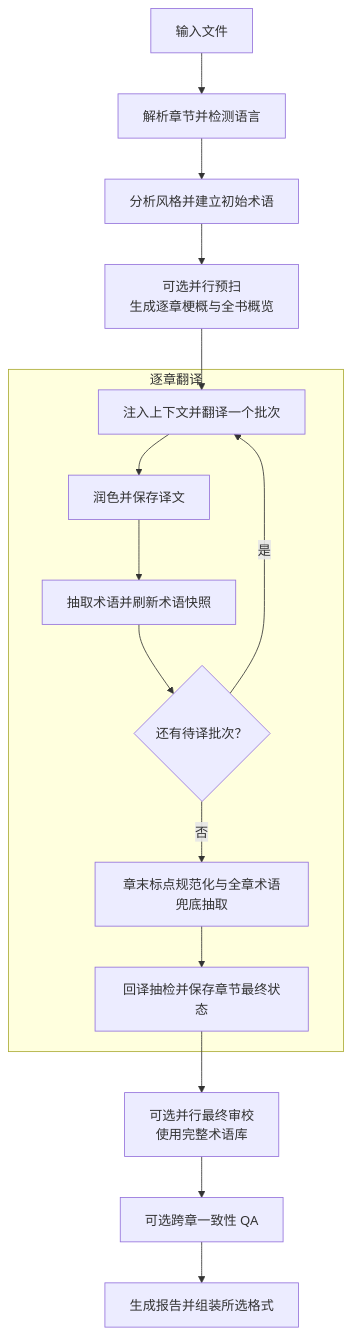
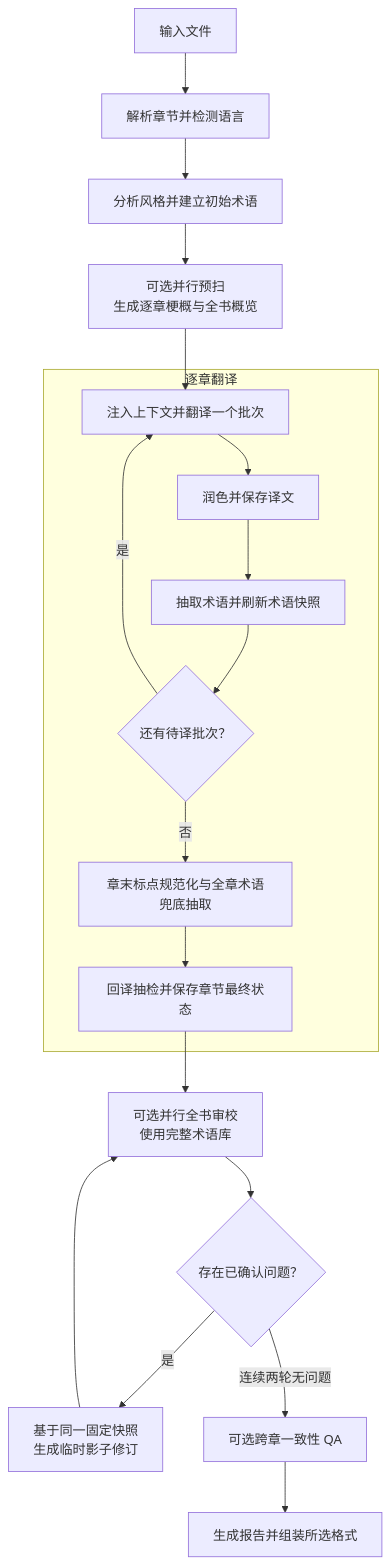
Before and after one commit to BigDawnGhost/wenyi: the diagram in docs/zh/README.md, drawn with Mermaid. The commit also changed other lines of this file and 20 other files, not shown here.

````diff
--- a/docs/zh/README.md
+++ b/docs/zh/README.md
@@ -157,21 +158,24 @@
 ```mermaid
 flowchart TD
     A[输入文件] --> B[解析章节并检测语言]
     B --> C[分析风格并建立初始术语]
     C --> D[可选并行预扫<br/>生成逐章梗概与全书概览]
     D --> E
 
     subgraph T[逐章翻译]
         E[注入上下文并翻译一个批次]
         E --> F[润色并保存译文]
         F --> G[抽取术语并刷新术语快照]
         G --> H{还有待译批次？}
         H -- 是 --> E
         H -- 否 --> I[章末标点规范化与全章术语兜底抽取]
         I --> J[回译抽检并保存章节最终状态]
     end
 
-    J --> K[可选并行最终审校<br/>使用完整术语库]
-    K --> L[可选跨章一致性 QA]
+    J --> K[可选并行全书审校<br/>使用完整术语库]
+    K --> N{存在已确认问题？}
+    N -- 是 --> O[基于同一固定快照<br/>生成临时影子修订]
+    O --> K
+    N -- 连续两轮无问题 --> L[可选跨章一致性 QA]
     L --> M[生成报告并组装所选格式]
 ```
````
